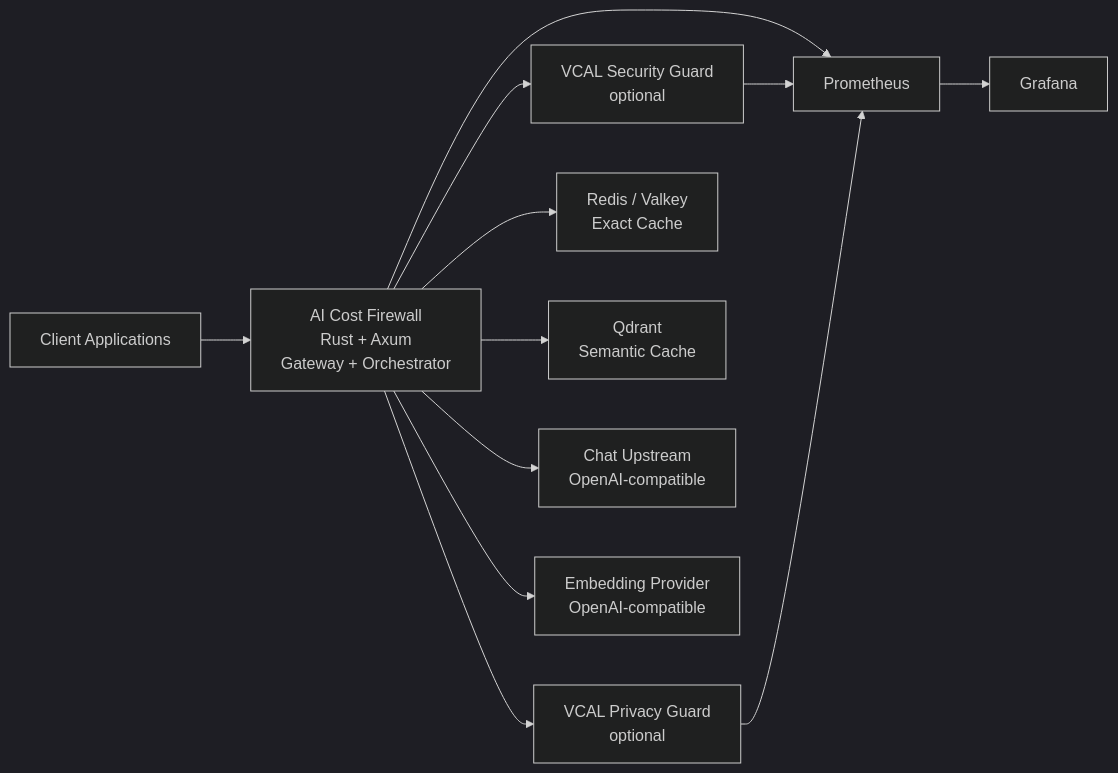
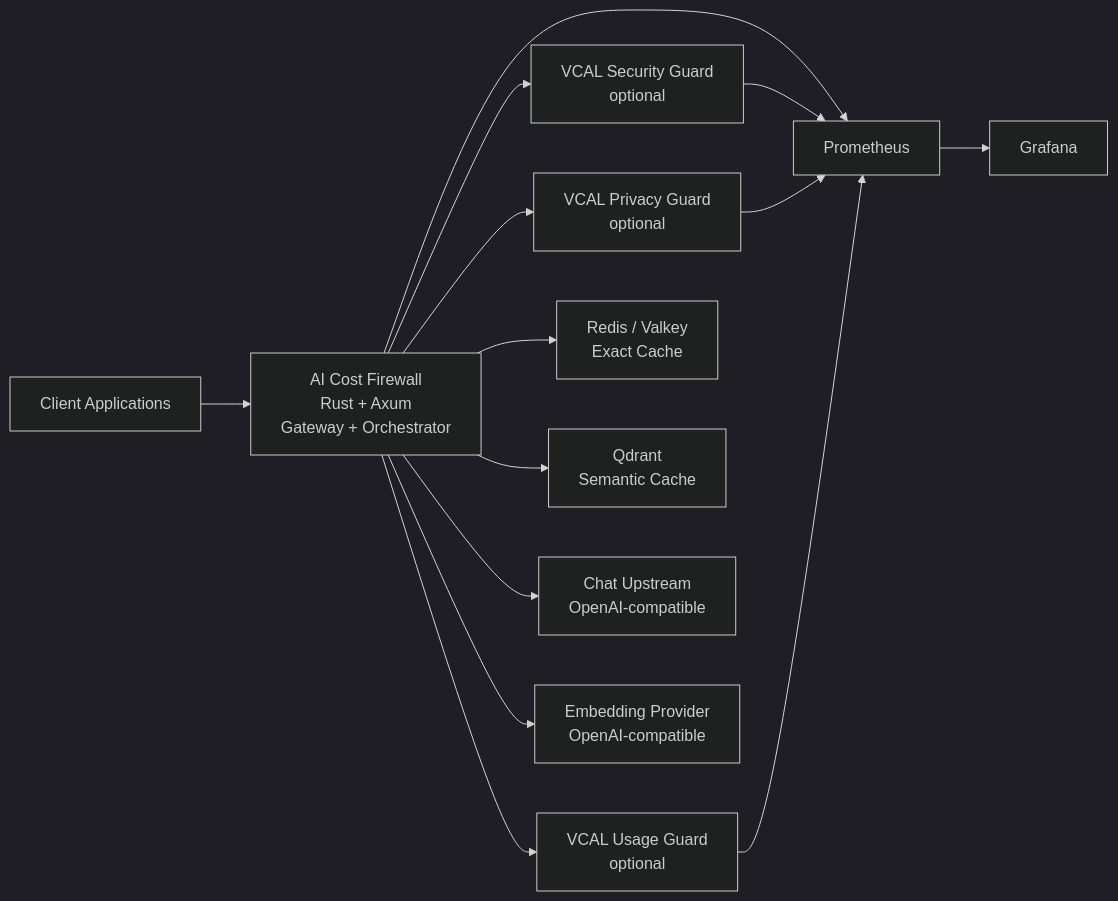
The first of 6 diagrams in docs/architecture.md (vcal-project/ai-firewall), drawn with Mermaid (dark theme) before and after one commit. The commit also changed other lines of this file and 27 other files, not shown here.

````diff
--- a/docs/architecture.md
+++ b/docs/architecture.md
@@ -109,39 +109,43 @@
 ```mermaid
 flowchart LR
 
     Client[Client Applications]
 
     Firewall[AI Cost Firewall<br/>Rust + Axum<br/>Gateway + Orchestrator]
 
     Security[VCAL Security Guard<br/>optional]
 
     Privacy[VCAL Privacy Guard<br/>optional]
+
+    Usage[VCAL Usage Guard<br/>optional]
 
     Redis[Redis / Valkey<br/>Exact Cache]
 
     Qdrant[Qdrant<br/>Semantic Cache]
 
     Upstream[Chat Upstream<br/>OpenAI-compatible]
 
     Embedding[Embedding Provider<br/>OpenAI-compatible]
 
     Prom[Prometheus]
 
     Graf[Grafana]
 
     Client --> Firewall
 
     Firewall --> Security
     Firewall --> Privacy
+    Firewall --> Usage
 
     Firewall --> Redis
     Firewall --> Qdrant
 
     Firewall --> Upstream
     Firewall --> Embedding
 
     Firewall --> Prom
     Security --> Prom
     Privacy --> Prom
+    Usage --> Prom
     Prom --> Graf
 ```
````
